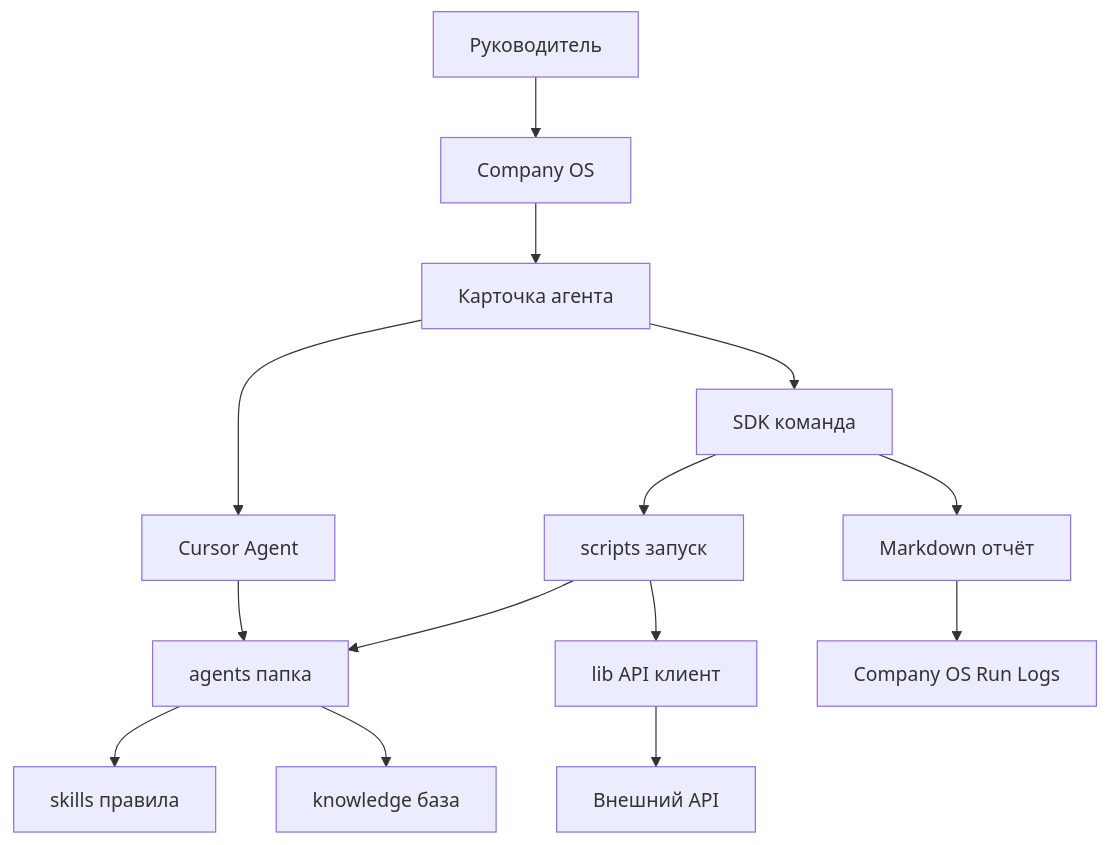
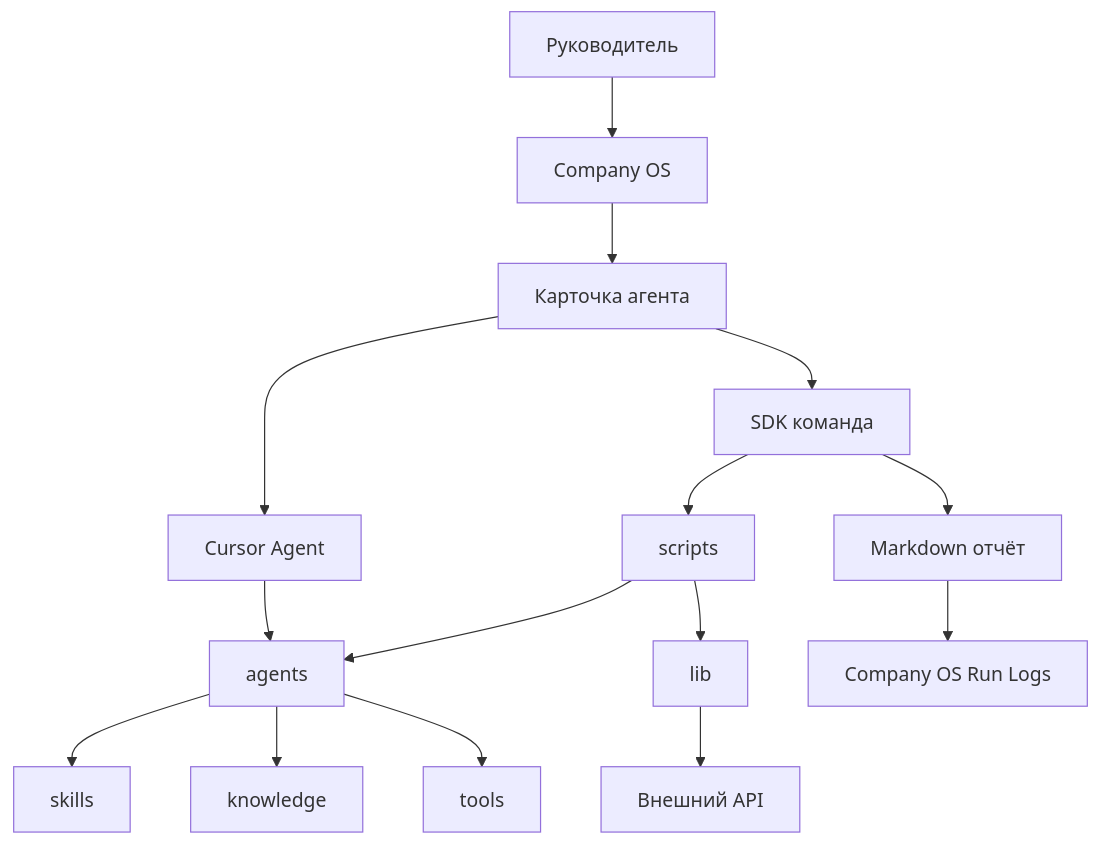
Before and after one commit to pavtar/agent-lab: the diagram in docs/agent-architecture.md, drawn with Mermaid. The commit also changed other lines of this file and 89 other files, not shown here.

First line of the commit message:
Рефакторинг структуры: tools вместо vendor, черновики агентов, Excel в skill

````diff
--- a/docs/agent-architecture.md
+++ b/docs/agent-architecture.md
@@ -36,16 +45,17 @@
 ```mermaid
 flowchart TD
   Human[Руководитель] --> CompanyOS[Company OS]
   CompanyOS --> AgentCard[Карточка агента]
   AgentCard --> ManualRun[Cursor Agent]
   AgentCard --> SdkRun[SDK команда]
-  ManualRun --> AgentFolder[agents папка]
-  SdkRun --> Script[scripts запуск]
+  ManualRun --> AgentFolder[agents]
+  SdkRun --> Script[scripts]
   Script --> AgentFolder
-  AgentFolder --> Skill[skills правила]
-  AgentFolder --> Knowledge[knowledge база]
-  Script --> Client[lib API клиент]
+  AgentFolder --> Skill[skills]
+  AgentFolder --> Knowledge[knowledge]
+  AgentFolder --> Tools[tools]
+  Script --> Client[lib]
   Client --> Api[Внешний API]
   SdkRun --> Report[Markdown отчёт]
   Report --> RunLogs[Company OS Run Logs]
 ```
````
